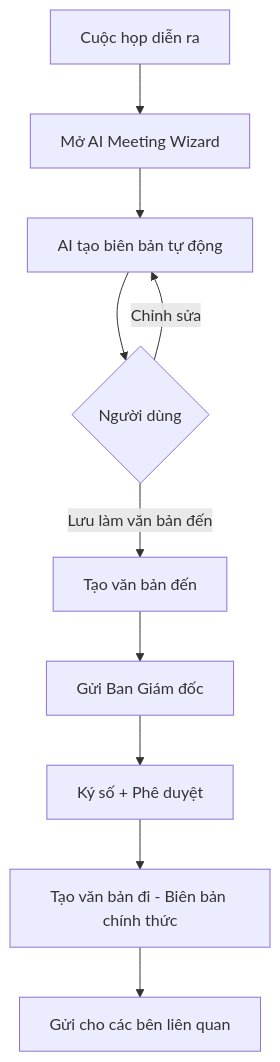
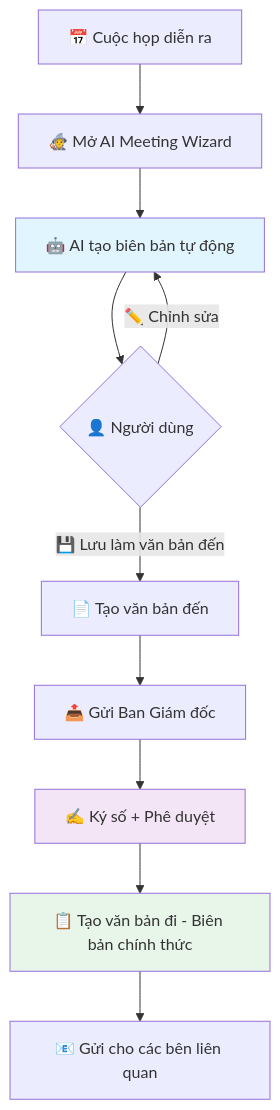
One commit to lamngoctuu18/TTDN-16-01-N6 changed the eighth of 11 diagrams in README.md. Above: the diagram before and after it, drawn with Mermaid. The commit also changed other lines of this file and 24 other files, not shown here.

````diff
--- a/README.md
+++ b/README.md
@@ -334,12 +535,16 @@
 ```mermaid
 flowchart TD
-    AI1[Cuộc họp diễn ra] --> AI2[Mở AI Meeting Wizard]
-    AI2 --> AI3[AI tạo biên bản tự động]
-    AI3 --> AI4{Người dùng}
-    AI4 -->|Chỉnh sửa| AI3
-    AI4 -->|Lưu làm văn bản đến| AI5[Tạo văn bản đến]
-    AI5 --> AI6[Gửi Ban Giám đốc]
-    AI6 --> AI7[Ký số + Phê duyệt]
-    AI7 --> AI8[Tạo văn bản đi - Biên bản chính thức]
-    AI8 --> AI9[Gửi cho các bên liên quan]
+    AI1[📅 Cuộc họp diễn ra] --> AI2[🧙 Mở AI Meeting Wizard]
+    AI2 --> AI3[🤖 AI tạo biên bản tự động]
+    AI3 --> AI4{👤 Người dùng}
+    AI4 -->|✏️ Chỉnh sửa| AI3
+    AI4 -->|💾 Lưu làm văn bản đến| AI5[📄 Tạo văn bản đến]
+    AI5 --> AI6[📤 Gửi Ban Giám đốc]
+    AI6 --> AI7[✍️ Ký số + Phê duyệt]
+    AI7 --> AI8[📋 Tạo văn bản đi - Biên bản chính thức]
+    AI8 --> AI9[📧 Gửi cho các bên liên quan]
+    
+    style AI3 fill:#e1f5fe
+    style AI7 fill:#f3e5f5
+    style AI8 fill:#e8f5e9
 ```
````
